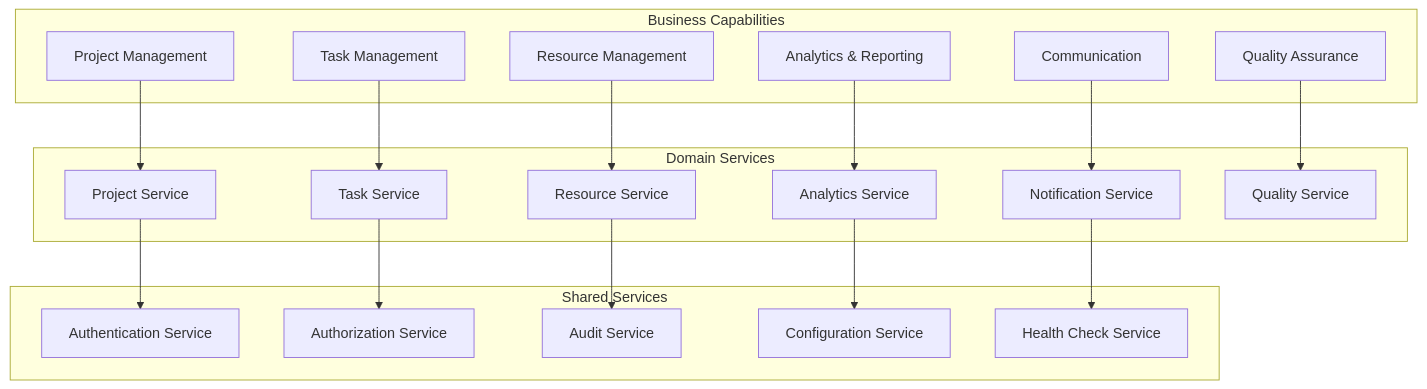
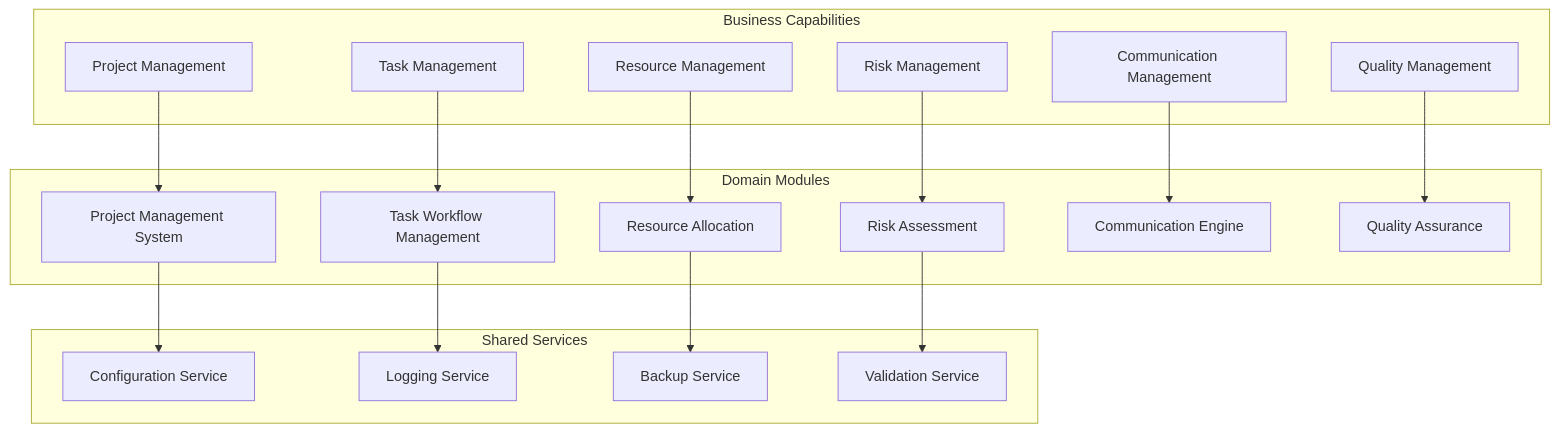
Before and after one commit to Shakour-Data/AutoProjectManagement: the second of 18 diagrams in Docs/Software_Engineering/Software_Architecture_Document.md, drawn with Mermaid. The commit also changed other lines of this file, not shown here.

````diff
--- a/Docs/Software_Engineering/Software_Architecture_Document.md
+++ b/Docs/Software_Engineering/Software_Architecture_Document.md
@@ -156,41 +133,39 @@
 ```mermaid
 graph TB
     subgraph "Business Capabilities"
         BC1[Project Management]
         BC2[Task Management]
         BC3[Resource Management]
-        BC4[Analytics & Reporting]
-        BC5[Communication]
-        BC6[Quality Assurance]
+        BC4[Risk Management]
+        BC5[Communication Management]
+        BC6[Quality Management]
     end
     
-    subgraph "Domain Services"
-        DS1[Project Service]
-        DS2[Task Service]
-        DS3[Resource Service]
-        DS4[Analytics Service]
-        DS5[Notification Service]
-        DS6[Quality Service]
+    subgraph "Domain Modules"
+        DM1[Project Management System]
+        DM2[Task Workflow Management]
+        DM3[Resource Allocation]
+        DM4[Risk Assessment]
+        DM5[Communication Engine]
+        DM6[Quality Assurance]
     end
     
     subgraph "Shared Services"
-        SS1[Authentication Service]
-        SS2[Authorization Service]
-        SS3[Audit Service]
-        SS4[Configuration Service]
-        SS5[Health Check Service]
+        SS1[Configuration Service]
+        SS2[Logging Service]
+        SS3[Backup Service]
+        SS4[Validation Service]
     end
     
-    BC1 --> DS1
-    BC2 --> DS2
-    BC3 --> DS3
-    BC4 --> DS4
-    BC5 --> DS5
-    BC6 --> DS6
+    BC1 --> DM1
+    BC2 --> DM2
+    BC3 --> DM3
+    BC4 --> DM4
+    BC5 --> DM5
+    BC6 --> DM6
     
-    DS1 --> SS1
-    DS2 --> SS2
-    DS3 --> SS3
-    DS4 --> SS4
-    DS5 --> SS5
+    DM1 --> SS1
+    DM2 --> SS2
+    DM3 --> SS3
+    DM4 --> SS4
 ```
````
